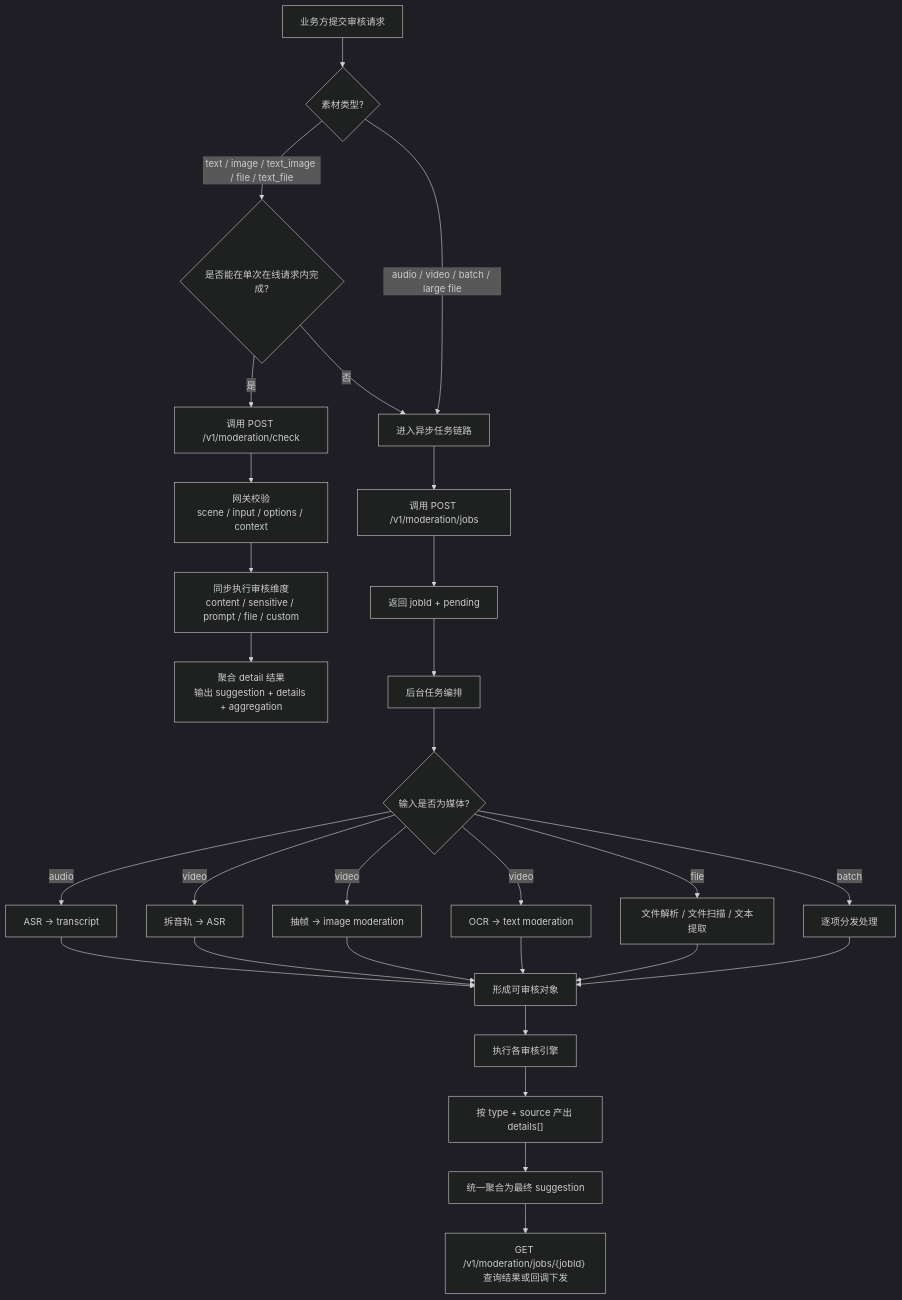
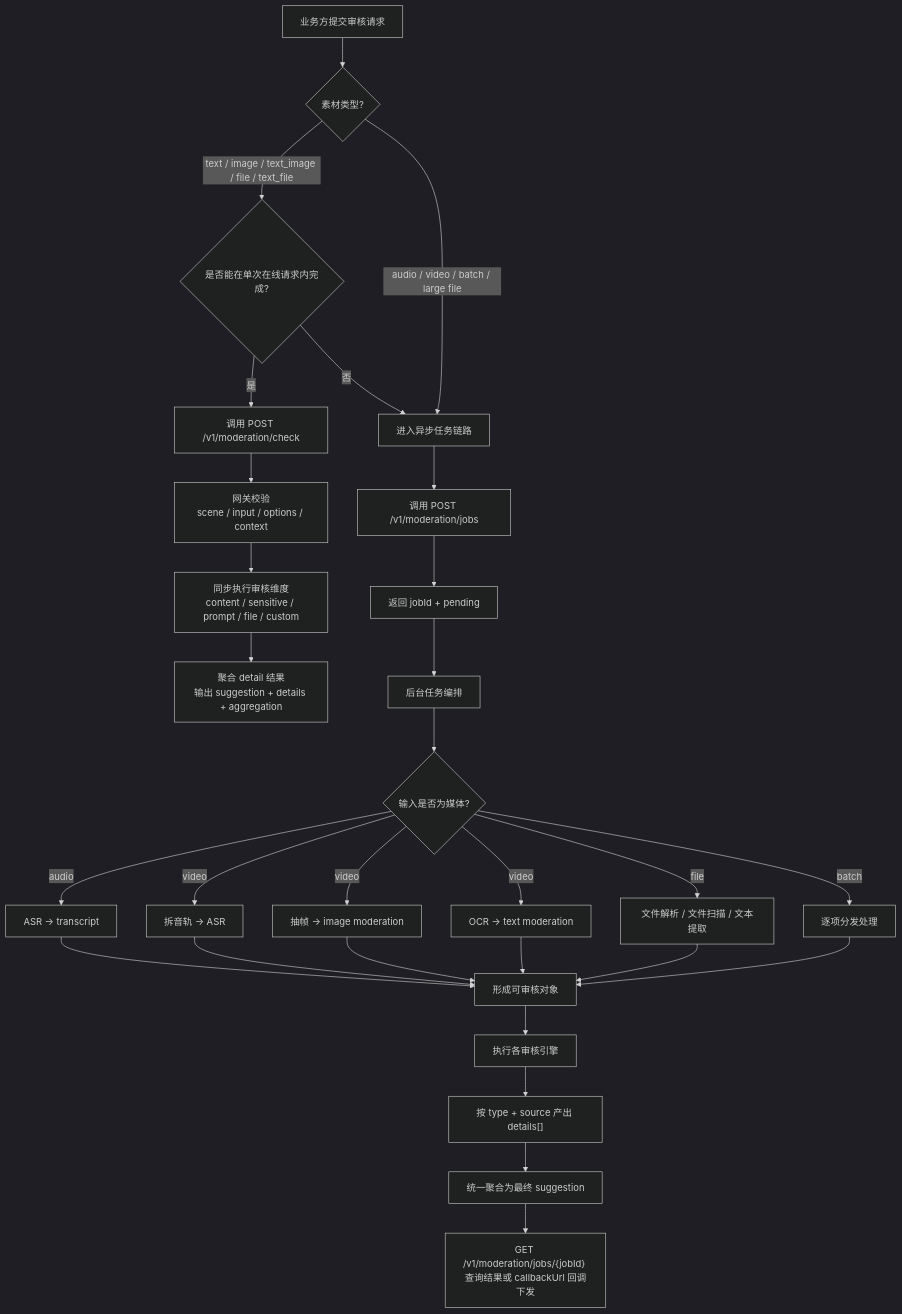
One commit to kelly557/content-review-platform changed the second of 8 diagrams in adreview-platform/docs/moderation-flow-diagrams.md. Above: the diagram before and after it, drawn with Mermaid (dark theme). The commit also changed other lines of this file and 2 other files, not shown here.

First line of the commit message:
docs: 资源库路径对齐 /resources/* + 审核流程图补全

````diff
--- a/adreview-platform/docs/moderation-flow-diagrams.md
+++ b/adreview-platform/docs/moderation-flow-diagrams.md
@@ -35,38 +36,38 @@
 ```mermaid
 flowchart TD
     A["业务方提交审核请求"] --> B{"素材类型?"}
 
     B -->|"text / image / text_image / file / text_file"| C{"是否能在单次在线请求内完成?"}
     B -->|"audio / video / batch / large file"| H["进入异步任务链路"]
 
     C -->|"是"| D["调用 POST /v1/moderation/check"]
     C -->|"否"| H
 
     D --> E["网关校验<br/>scene / input / options / context"]
     E --> F["同步执行审核维度<br/>content / sensitive / prompt / file / custom"]
     F --> G["聚合 detail 结果<br/>输出 suggestion + details + aggregation"]
 
     H --> I["调用 POST /v1/moderation/jobs"]
     I --> J["返回 jobId + pending"]
     J --> K["后台任务编排"]
     K --> L{"输入是否为媒体?"}
 
     L -->|"audio"| M["ASR -> transcript"]
     L -->|"video"| N["拆音轨 -> ASR"]
     L -->|"video"| O["抽帧 -> image moderation"]
     L -->|"video"| P["OCR -> text moderation"]
     L -->|"file"| Q["文件解析 / 文件扫描 / 文本提取"]
     L -->|"batch"| R["逐项分发处理"]
 
     M --> S["形成可审核对象"]
     N --> S
     O --> S
     P --> S
     Q --> S
     R --> S
 
     S --> T["执行各审核引擎"]
     T --> U["按 type + source 产出 details[]"]
     U --> V["统一聚合为最终 suggestion"]
-    V --> W["GET /v1/moderation/jobs/{jobId} 查询结果或回调下发"]
+    V --> W["GET /v1/moderation/jobs/{jobId} 查询结果或 callbackUrl 回调下发"]
 ```
````
